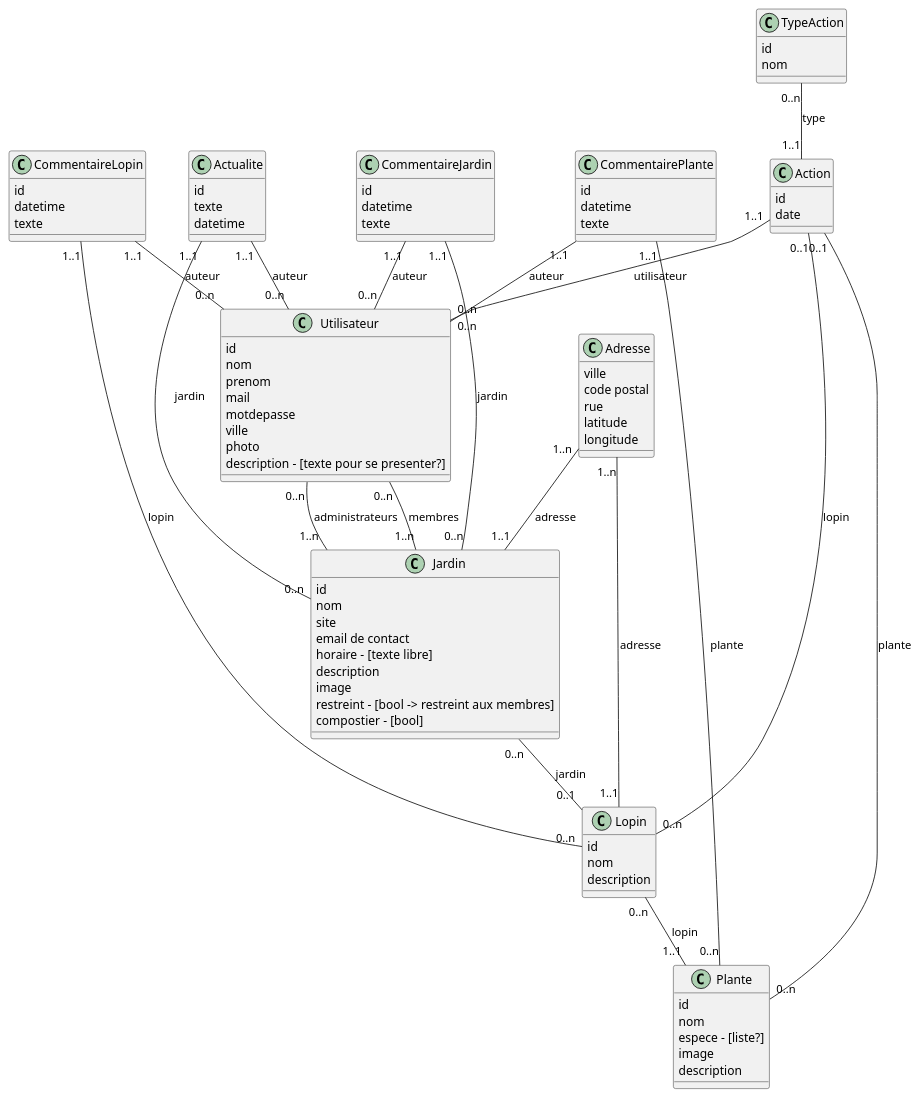
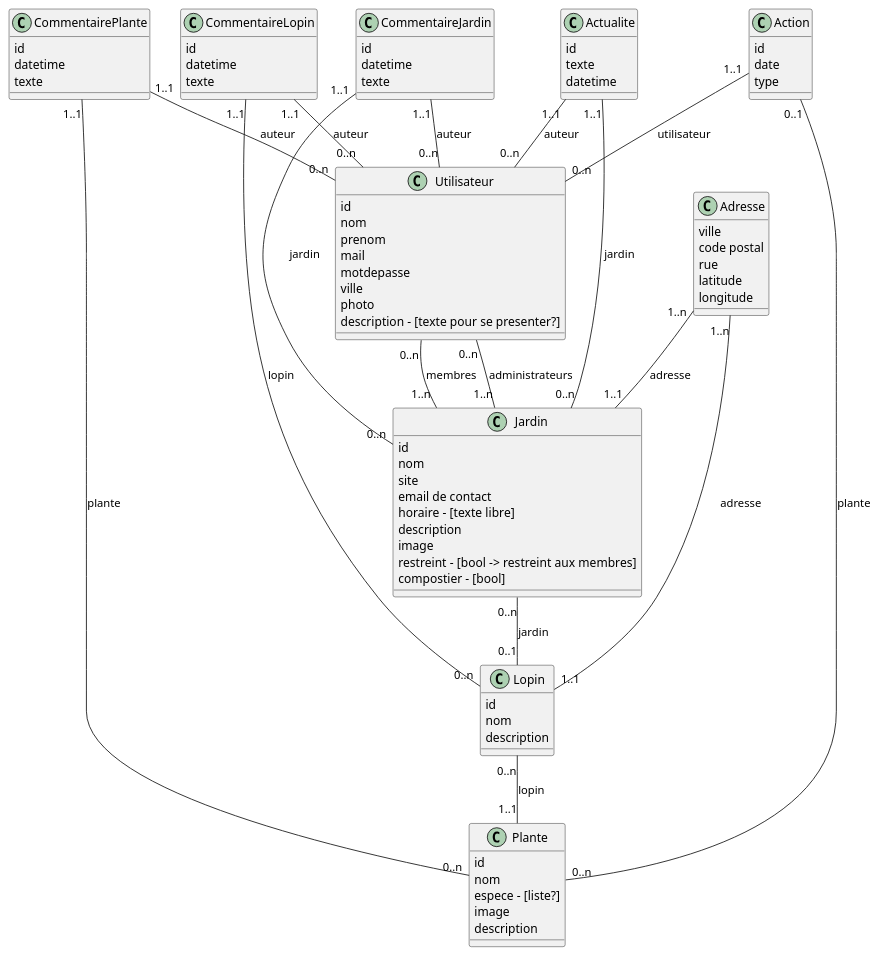
One commit to 0xnome/pldjardin changed the diagram in doc/mcd.puml. Above: the diagram before and after it, drawn with PlantUML. The commit also changed 10 other files, not shown here.

Commit message:
Deleted Model TypeAction, it's now a python list of choice or the 'type' field of Action model. Started Action models' data and method filtering

```diff
--- a/doc/mcd.puml
+++ b/doc/mcd.puml
@@ -1,117 +1,112 @@
 @startuml
 skinparam shadowing false
 skinparam monochrome false
 skinparam TitleFontSize 20
 skinparam sequenceTitleFontSize 20
 skinparam sequenceTitleFontStyle plain
 
 skinparam state {
   BackgroundColor white
   BackgroundColor<<Warning>> lightblue
 }
 
 class Plante{
 	id
 	nom
 	espece - [liste?]
 	image
 	description
 }
 
 class Jardin{
 	id
 	nom
 	site
 	email de contact
 	horaire - [texte libre]
 	description
 	image
 	restreint - [bool -> restreint aux membres]
 	compostier - [bool]
 }
 
 class Lopin{
 	id
 	nom
 	description
 }
 
 class Utilisateur{
 	id
 	nom
 	prenom
 	mail
 	motdepasse
 	ville
 	photo
 	description - [texte pour se presenter?]
 }
 
 class Adresse{
 	ville
 	code postal
 	rue
 	latitude
 	longitude
 }
 
 class Actualite{
 	id
 	texte
 	datetime
 }
 
 class CommentaireJardin{
 	id
 	datetime
 	texte
 }
 
 class CommentairePlante{
 	id
 	datetime
 	texte
 }
 
 class CommentaireLopin{
 	id
 	datetime
 	texte
 }
 
 class Action{
 	id
 	date
-}
-
-class TypeAction{
-	id
-	nom
+	type
 }
 
 
 Jardin "0..n" -- "0..1" Lopin : jardin
 Lopin "0..n" -- "1..1" Plante : lopin
 
-TypeAction "0..n" -- "1..1" Action : type
 Action "1..1" -- "0..n" Utilisateur : utilisateur
 Action "0..1" -- "0..n" Plante : plante
-Action "0..1" -- "0..n" Lopin : lopin
+'Action "0..1" -- "0..n" Lopin : lopin
 
 CommentairePlante "1..1" -- "0..n" Utilisateur : auteur
 CommentairePlante "1..1" -- "0..n" Plante : plante
 CommentaireJardin "1..1" -- "0..n" Utilisateur : auteur
 CommentaireJardin "1..1" -- "0..n" Jardin : jardin
 CommentaireLopin "1..1" -- "0..n" Utilisateur : auteur
 CommentaireLopin "1..1" -- "0..n" Lopin : lopin
 
 
 Utilisateur "0..n" -- "1..n" Jardin : administrateurs
 Utilisateur "0..n" -- "1..n" Jardin : membres
 
 Actualite "1..1" -- "0..n" Jardin : jardin
 Actualite "1..1" -- "0..n" Utilisateur : auteur
 
 Adresse "1..n" -- "1..1" Jardin : adresse
 Adresse "1..n" -- "1..1" Lopin : adresse
 @enduml
```
